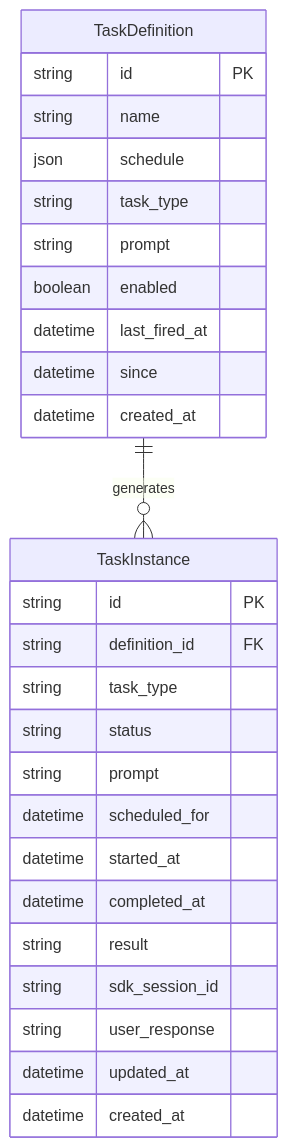
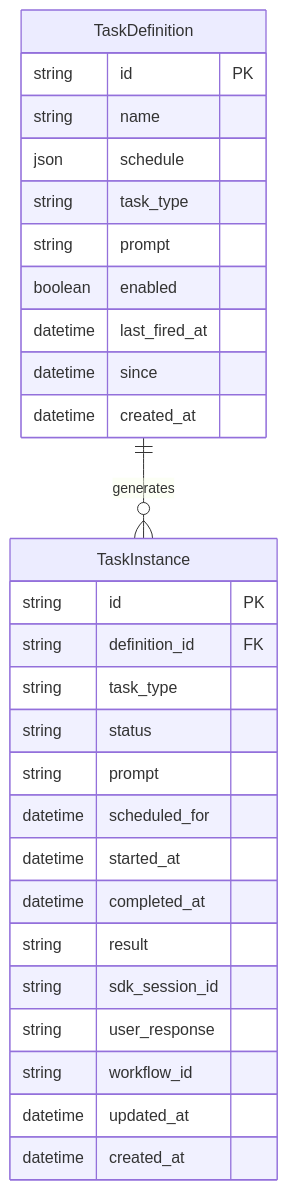
Before and after one commit to asermax/tachikoma: the second of 3 diagrams in docs/feature-designs/tasks/task-management.md, drawn with Mermaid. The commit also changed other lines of this file and 9 other files, not shown here.

````diff
--- a/docs/feature-designs/tasks/task-management.md
+++ b/docs/feature-designs/tasks/task-management.md
@@ -128,30 +130,31 @@
 ```mermaid
 erDiagram
     TaskDefinition ||--o{ TaskInstance : "generates"
     TaskDefinition {
         string id PK
         string name
         json schedule
         string task_type
         string prompt
         boolean enabled
         datetime last_fired_at
         datetime since
         datetime created_at
     }
     TaskInstance {
         string id PK
         string definition_id FK
         string task_type
         string status
         string prompt
         datetime scheduled_for
         datetime started_at
         datetime completed_at
         string result
         string sdk_session_id
         string user_response
+        string workflow_id
         datetime updated_at
         datetime created_at
     }
 ```
````
